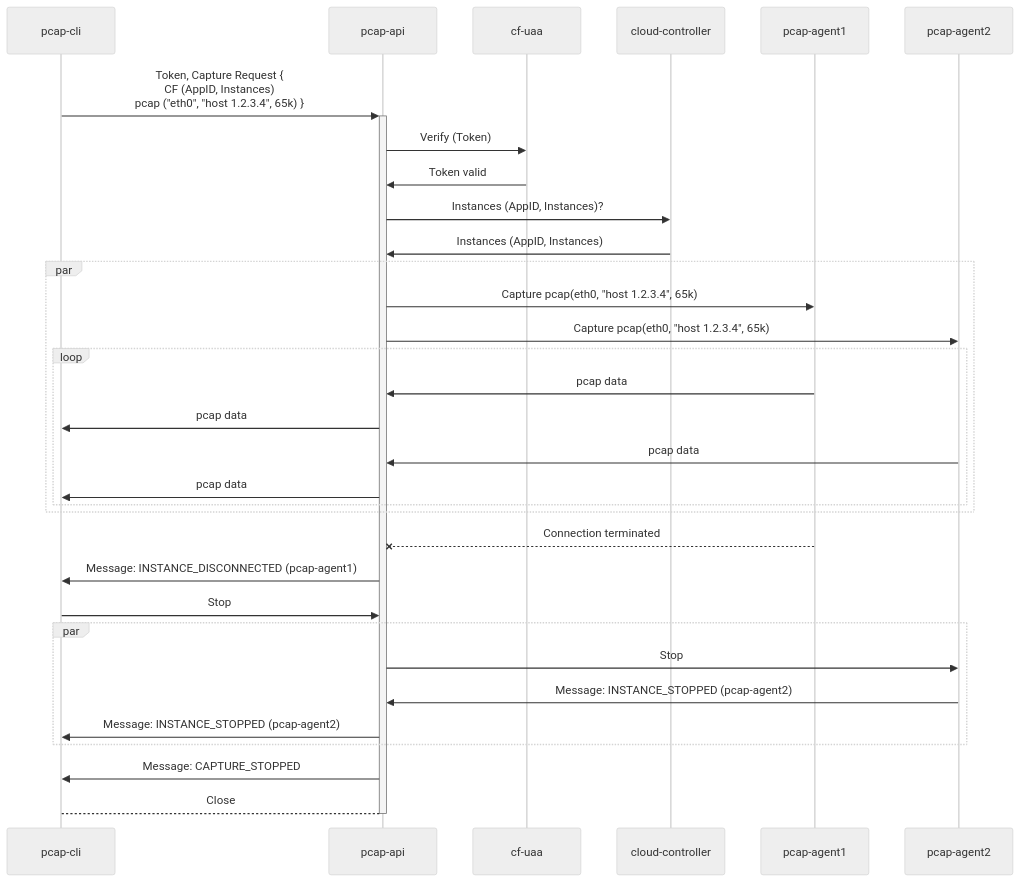
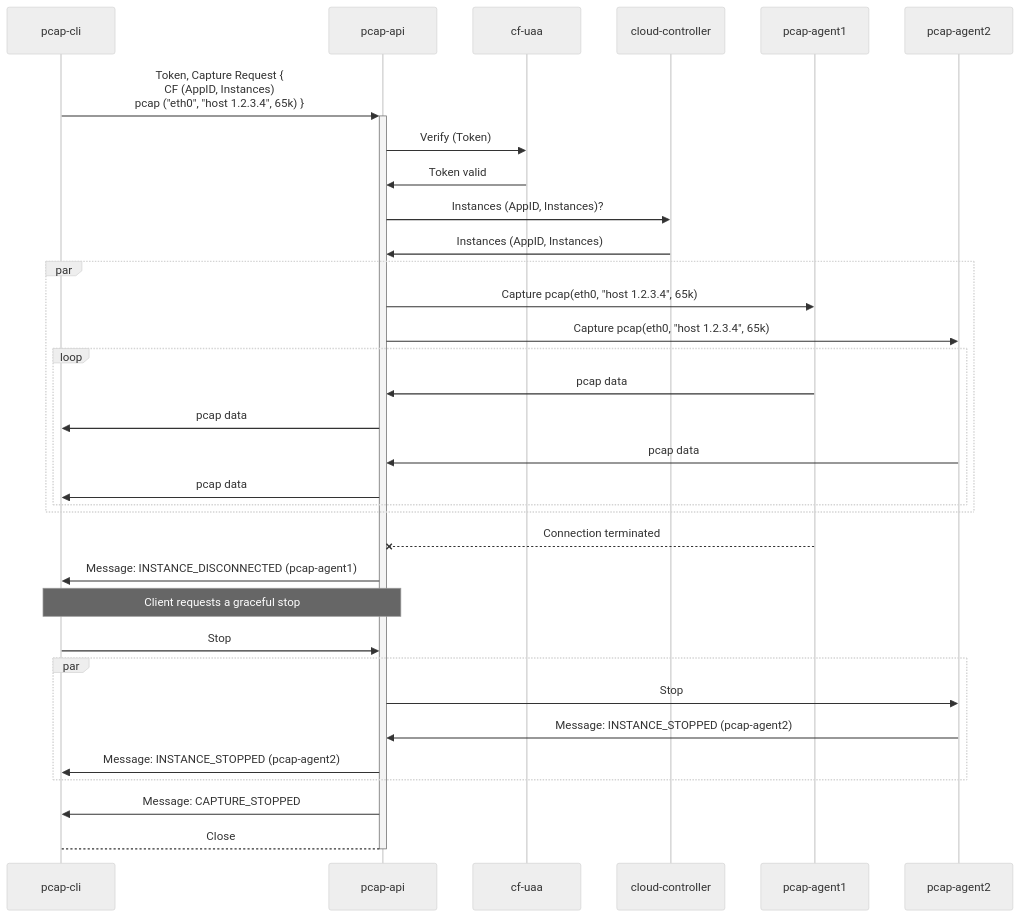
Before and after one commit to cloudfoundry/pcap-release: the ninth of 26 diagrams in docs/api-communication-spec.md, drawn with Mermaid (neutral theme). The commit also changed other lines of this file, not shown here.

Commit message:
docs(api): fix NATS option description

````diff
--- a/docs/api-communication-spec.md
+++ b/docs/api-communication-spec.md
@@ -397,29 +465,30 @@
 ```mermaid
 sequenceDiagram
     pcap-cli ->>+ pcap-api: Token, Capture Request {<br/>CF (AppID, Instances)<br/>pcap ("eth0", "host 1.2.3.4", 65k) }
     pcap-api ->> cf-uaa: Verify (Token)
     cf-uaa ->> pcap-api: Token valid
     pcap-api ->> cloud-controller: Instances (AppID, Instances)?
     cloud-controller ->> pcap-api: Instances (AppID, Instances)
     par
         pcap-api ->> pcap-agent1: Capture pcap(eth0, "host 1.2.3.4", 65k)
         pcap-api ->> pcap-agent2: Capture pcap(eth0, "host 1.2.3.4", 65k)
         loop
             pcap-agent1 ->> pcap-api: pcap data
             pcap-api ->> pcap-cli: pcap data
             pcap-agent2 ->> pcap-api: pcap data
             pcap-api ->> pcap-cli: pcap data
         end
     end
     pcap-agent1 --X pcap-api: Connection terminated
     pcap-api ->> pcap-cli: Message: INSTANCE_DISCONNECTED (pcap-agent1)
+    note over pcap-cli, pcap-api: Client requests a graceful stop
     pcap-cli ->> pcap-api: Stop
     par
         pcap-api ->> pcap-agent2: Stop
-    pcap-agent2 ->> pcap-api: Message: INSTANCE_STOPPED (pcap-agent2)
-    pcap-api ->> pcap-cli: Message: INSTANCE_STOPPED (pcap-agent2)
+        pcap-agent2 ->> pcap-api: Message: INSTANCE_STOPPED (pcap-agent2)
+        pcap-api ->> pcap-cli: Message: INSTANCE_STOPPED (pcap-agent2)
     end
 
     pcap-api ->> pcap-cli: Message: CAPTURE_STOPPED
     pcap-api -->- pcap-cli: Close
 ```
````
